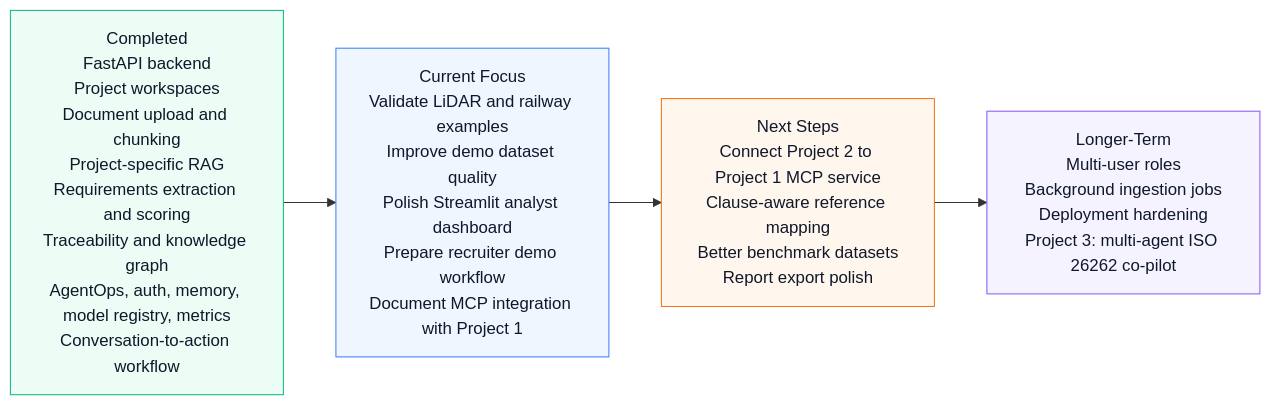
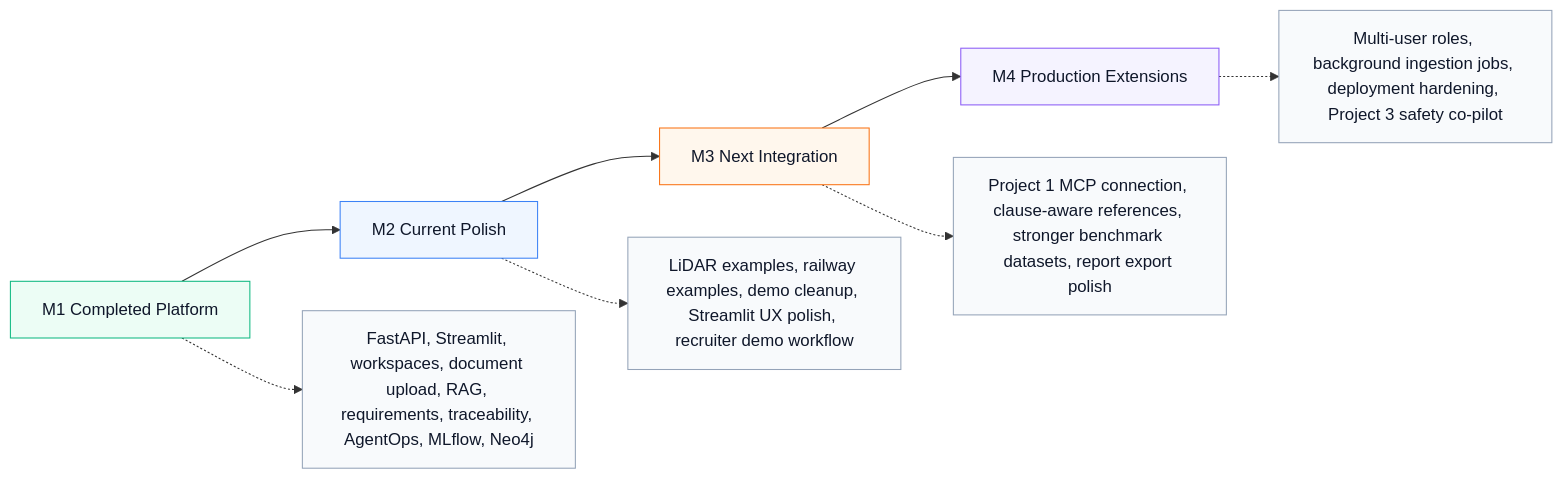
Before and after one commit to chz2010/Agentic_Document_AI_Platform_for_Safety_Engineering: the first of 10 diagrams in README.md, drawn with Mermaid. The commit also changed other lines of this file, not shown here.

Commit message:
Fix README Mermaid diagrams

````diff
--- a/README.md
+++ b/README.md
@@ -22,18 +22,30 @@
 ```mermaid
 flowchart LR
-    A["Completed<br/>FastAPI backend<br/>Project workspaces<br/>Document upload and chunking<br/>Project-specific RAG<br/>Requirements extraction and scoring<br/>Traceability and knowledge graph<br/>AgentOps, auth, memory, model registry, metrics<br/>Conversation-to-action workflow"]
-    B["Current Focus<br/>Validate LiDAR and railway examples<br/>Improve demo dataset quality<br/>Polish Streamlit analyst dashboard<br/>Prepare recruiter demo workflow<br/>Document MCP integration with Project 1"]
-    C["Next Steps<br/>Connect Project 2 to Project 1 MCP service<br/>Clause-aware reference mapping<br/>Better benchmark datasets<br/>Report export polish"]
-    D["Longer-Term<br/>Multi-user roles<br/>Background ingestion jobs<br/>Deployment hardening<br/>Project 3: multi-agent ISO 26262 co-pilot"]
+    M1["M1 Completed Platform"]
+    M2["M2 Current Polish"]
+    M3["M3 Next Integration"]
+    M4["M4 Production Extensions"]
 
-    A --> B --> C --> D
+    M1 --> M2 --> M3 --> M4
 
-    classDef done fill:#ecfdf5,stroke:#10b981,color:#0f172a;
-    classDef current fill:#eff6ff,stroke:#3b82f6,color:#0f172a;
-    classDef next fill:#fff7ed,stroke:#f97316,color:#0f172a;
-    classDef later fill:#f5f3ff,stroke:#8b5cf6,color:#0f172a;
-    class A done;
-    class B current;
-    class C next;
-    class D later;
+    M1D["FastAPI, Streamlit, workspaces, document upload, RAG, requirements, traceability, AgentOps, MLflow, Neo4j"]
+    M2D["LiDAR examples, railway examples, demo cleanup, Streamlit UX polish, recruiter demo workflow"]
+    M3D["Project 1 MCP connection, clause-aware references, stronger benchmark datasets, report export polish"]
+    M4D["Multi-user roles, background ingestion jobs, deployment hardening, Project 3 safety co-pilot"]
+
+    M1 -.-> M1D
+    M2 -.-> M2D
+    M3 -.-> M3D
+    M4 -.-> M4D
+
+    classDef milestoneDone fill:#ecfdf5,stroke:#10b981,color:#0f172a;
+    classDef milestoneCurrent fill:#eff6ff,stroke:#3b82f6,color:#0f172a;
+    classDef milestoneNext fill:#fff7ed,stroke:#f97316,color:#0f172a;
+    classDef milestoneLater fill:#f5f3ff,stroke:#8b5cf6,color:#0f172a;
+    classDef milestoneDetail fill:#f8fafc,stroke:#94a3b8,color:#0f172a;
+    class M1 milestoneDone;
+    class M2 milestoneCurrent;
+    class M3 milestoneNext;
+    class M4 milestoneLater;
+    class M1D,M2D,M3D,M4D milestoneDetail;
 ```
````
